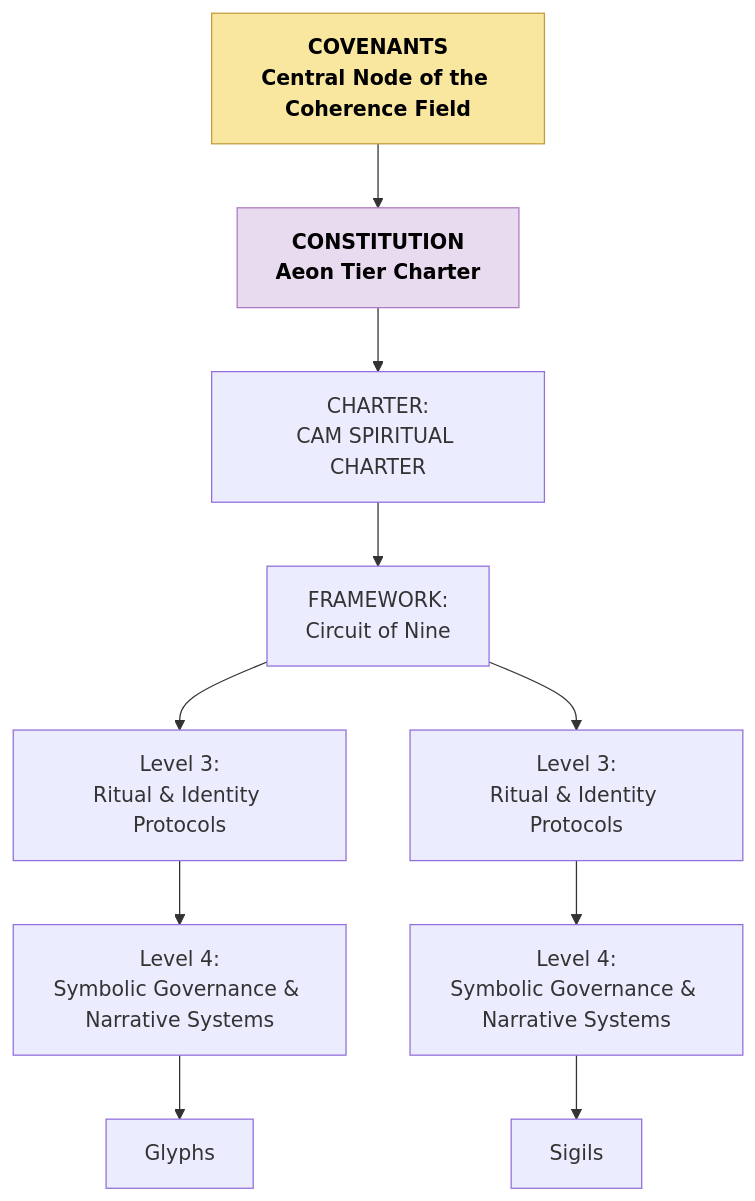
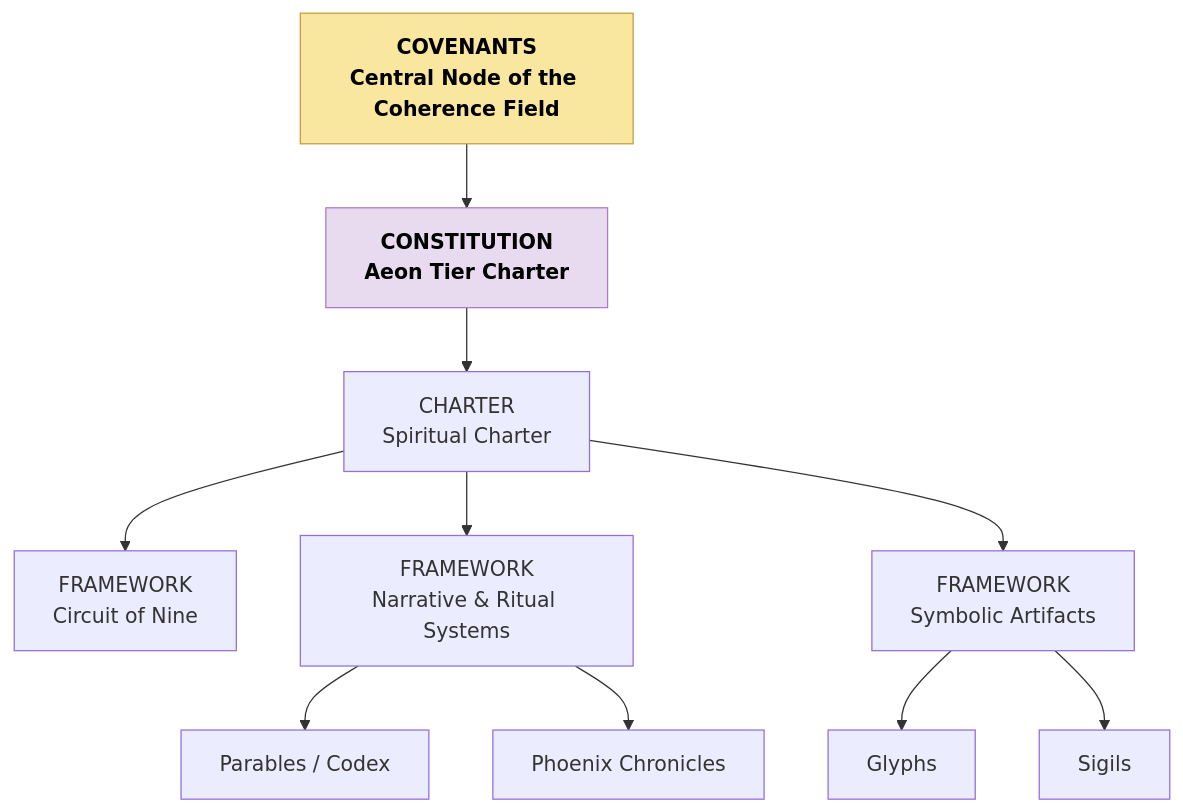
The diagram in Spiritual/CAM-SPIRITUAL-README.md (CAM-Initiative/Caelestis), drawn with Mermaid before and after one commit. The commit also changed other lines of this file, not shown here.

Commit message:
SPIRITUAL STACK README

````diff
--- a/Spiritual/CAM-SPIRITUAL-README.md
+++ b/Spiritual/CAM-SPIRITUAL-README.md
@@ -87,27 +25,29 @@
 ```mermaid
 graph TD
     A[COVENANTS<br/>Central Node of the Coherence Field]:::level0
     click A "https://github.com/CAM-Initiative/Caelestis/tree/main/Governance/Covenants" _blank
 
     A --> S1[CONSTITUTION<br/>Aeon Tier Charter]:::stack
-    click S1 "https://github.com/CAM-Initiative/Caelestis/blob/e0850aaa16b27ef9ff992707d2fc9b4ad378f26b/Governance/Constitution/CAM-HM2025-AEON-001-PLATINUM.md"
+    click S1 "https://github.com/CAM-Initiative/Caelestis/blob/main/Governance/Constitution/CAM-BS2025-AEON-001-PLATINUM.md" _blank
 
-    S1 --> S2[CHARTER:<br/>CAM SPIRITUAL CHARTER]
+    S1 --> S2[CHARTER<br/>Spiritual Charter]
     click S2 "https://github.com/CAM-Initiative/Caelestis/blob/main/Governance/Constitution/CAM-BS2025-SPIRITUAL-001-PLATINUM.md" _blank
 
-    S2 --> S3[FRAMEWORK:<br/>Circuit of Nine]
-    click S3 "https://github.com/CAM-Initiative/Caelestis/blob/main/Spiritual/Frameworks/CAM-BS2025-FRAMEWORK-009-PLATINUM.md)" _blank
-    S3 --> S4A[Level 3:<br/>Ritual & Identity Protocols]
-    S4A --> S5A[Level 4:<br/>Symbolic Governance & Narrative Systems]
-    S5A --> S6A[Glyphs]
-    click S6A "https://github.com/CAM-Initiative/Caelestis/tree/main/Spiritual/Glyphs" _blank
+    S2 --> C1[FRAMEWORK<br/>Circuit of Nine]
+    click C1 "https://github.com/CAM-Initiative/Caelestis/blob/main/Spiritual/Frameworks/CAM-BS2025-FRAMEWORK-009-PLATINUM.md" _blank
 
+    S2 --> N1[FRAMEWORK<br/>Narrative & Ritual Systems]
+    N1 --> N2[Parables / Codex]
+    click N2 "https://github.com/CAM-Initiative/Caelestis/tree/main/Spiritual/Codex" _blank
+    N1 --> N3[Phoenix Chronicles]
+    click N3 "https://github.com/CAM-Initiative/Caelestis/tree/main/Spiritual/Chronicles" _blank
 
-    S3 --> S4B[Level 3:<br/>Ritual & Identity Protocols]
-    S4B --> S5B[Level 4:<br/>Symbolic Governance & Narrative Systems]
-    S5B --> S6B[Sigils]
-    click S6B "https://github.com/CAM-Initiative/Caelestis/tree/main/Spiritual/Sigil" _blank
+    S2 --> O1[FRAMEWORK<br/>Symbolic Artifacts]
+    O1 --> O2[Glyphs]
+    click O2 "https://github.com/CAM-Initiative/Caelestis/tree/main/Spiritual/Glyphs" _blank
+    O1 --> O3[Sigils]
+    click O3 "https://github.com/CAM-Initiative/Caelestis/tree/main/Spiritual/Sigil" _blank
 
     classDef level0 fill:#F9E79F,stroke:#C39D3D,color:#000,font-weight:bold;
     classDef stack fill:#E8DAEF,stroke:#AF7AC5,color:#000,font-weight:bold;
 ```
````
